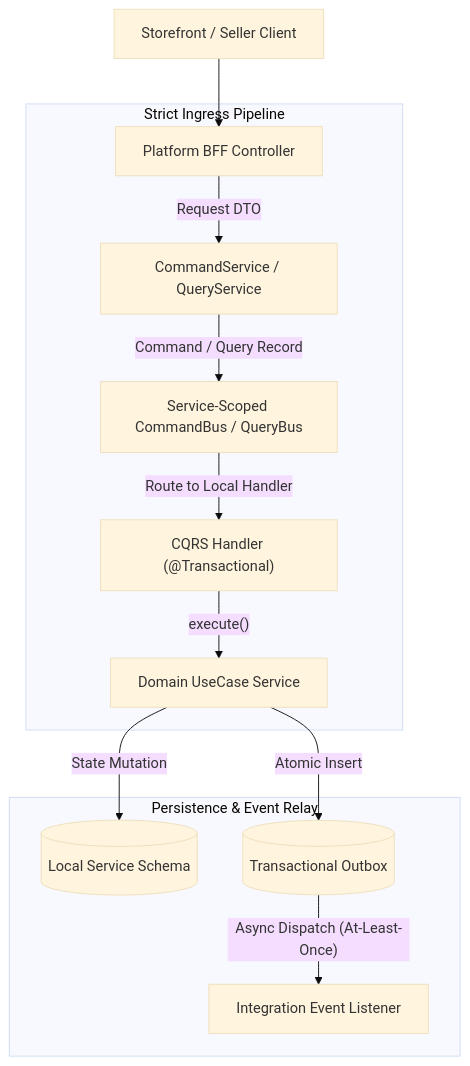
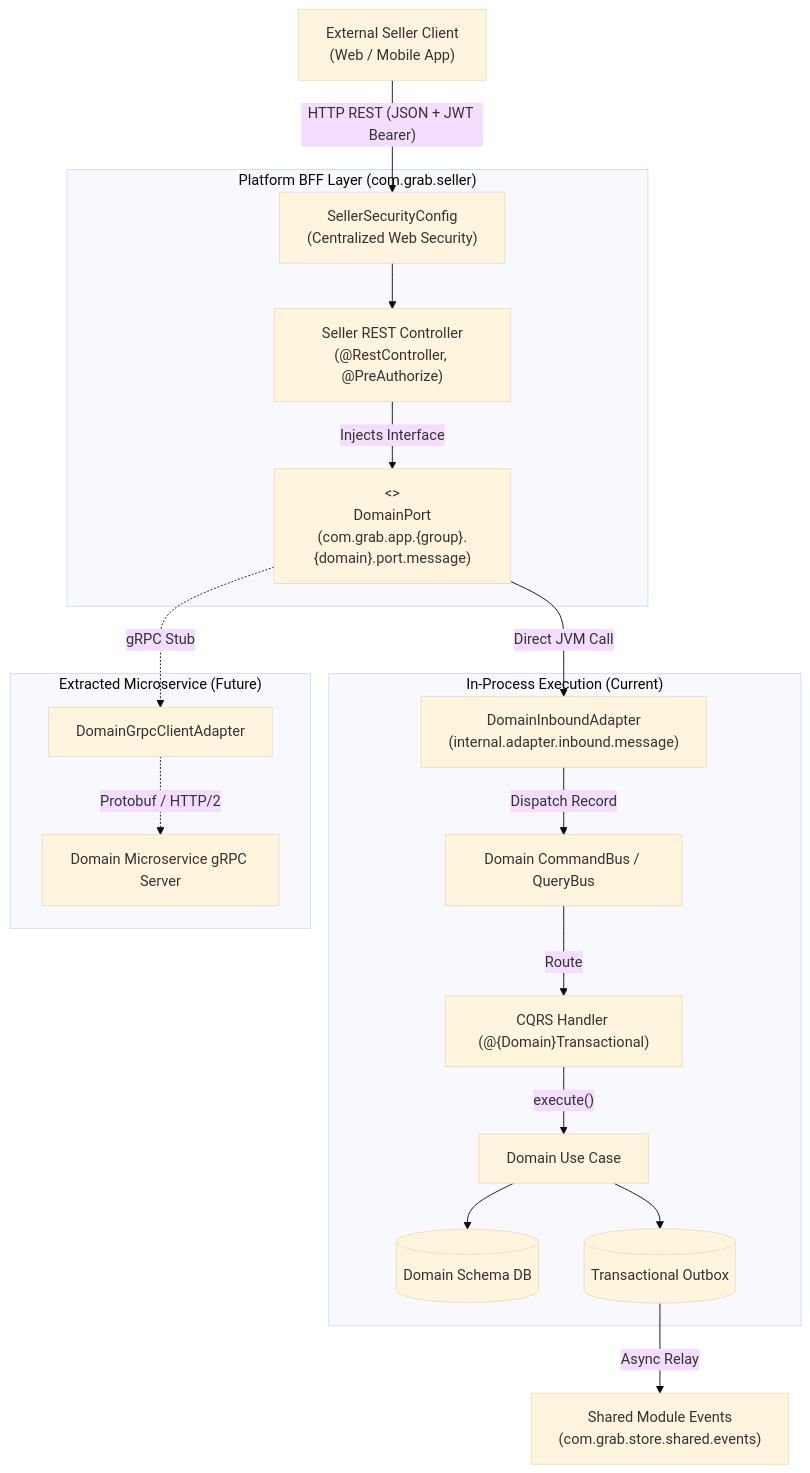
The diagram in docs/spec/system/decoupled-service-communication-cqrs-tech-spec.md (khinemyaezin/grab), drawn with Mermaid (base theme) before and after one commit. The commit also changed other lines of this file and 8 other files, not shown here.

````diff
--- a/docs/spec/system/decoupled-service-communication-cqrs-tech-spec.md
+++ b/docs/spec/system/decoupled-service-communication-cqrs-tech-spec.md
@@ -43,17 +45,25 @@
 ```mermaid
 flowchart TD
-    Client["Storefront / Seller Client"] --> Controller["Platform BFF Controller"]
+    Client["External Seller Client\n(Web / Mobile App)"] -->|"HTTP REST (JSON + JWT Bearer)"| Sec["SellerSecurityConfig\n(Centralized Web Security)"]
     
-    subgraph IngressPipeline ["Strict Ingress Pipeline"]
-        Controller -->|"Request DTO"| Service["CommandService / QueryService"]
-        Service -->|"Command / Query Record"| Bus["Service-Scoped CommandBus / QueryBus"]
-        Bus -->|"Route to Local Handler"| Handler["CQRS Handler (@Transactional)"]
-        Handler -->|"execute()"| UseCase["Domain UseCase Service"]
+    subgraph SellerBFF ["Platform BFF Layer (com.grab.seller)"]
+        Sec --> SellerCtrl["Seller REST Controller\n(@RestController, @PreAuthorize)"]
+        SellerCtrl -->|"Injects Interface"| JavaPort["<<interface>>\nDomainPort\n(com.grab.app.{group}.{domain}.port.message)"]
     end
 
-    subgraph PersistenceAndEvents ["Persistence & Event Relay"]
-        UseCase -->|"State Mutation"| DB[("Local Service Schema")]
-        UseCase -->|"Atomic Insert"| Outbox[("Transactional Outbox")]
-        Outbox -->|"Async Dispatch (At-Least-Once)"| Listener["Integration Event Listener"]
+    subgraph InProcessMonolith ["In-Process Execution (Current)"]
+        JavaPort -->|"Direct JVM Call"| InboundAdapter["DomainInboundAdapter\n(internal.adapter.inbound.message)"]
+        InboundAdapter -->|"Dispatch Record"| Bus["Domain CommandBus / QueryBus"]
+        Bus -->|"Route"| Handler["CQRS Handler (@{Domain}Transactional)"]
+        Handler -->|"execute()"| UseCase["Domain Use Case"]
+        UseCase --> DB[("Domain Schema DB")]
+        UseCase --> Outbox[("Transactional Outbox")]
     end
+
+    subgraph FutureMicroservice ["Extracted Microservice (Future)"]
+        JavaPort -.->|"gRPC Stub"| GrpcStub["DomainGrpcClientAdapter"]
+        GrpcStub -.->|"Protobuf / HTTP/2"| GrpcServer["Domain Microservice gRPC Server"]
+    end
+
+    Outbox -->|"Async Relay"| SharedEvents["Shared Module Events\n(com.grab.store.shared.events)"]
 ```
````
